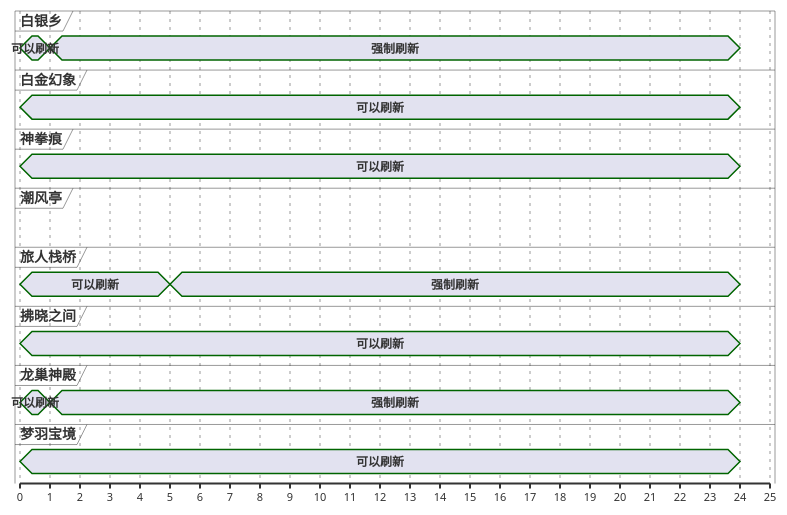
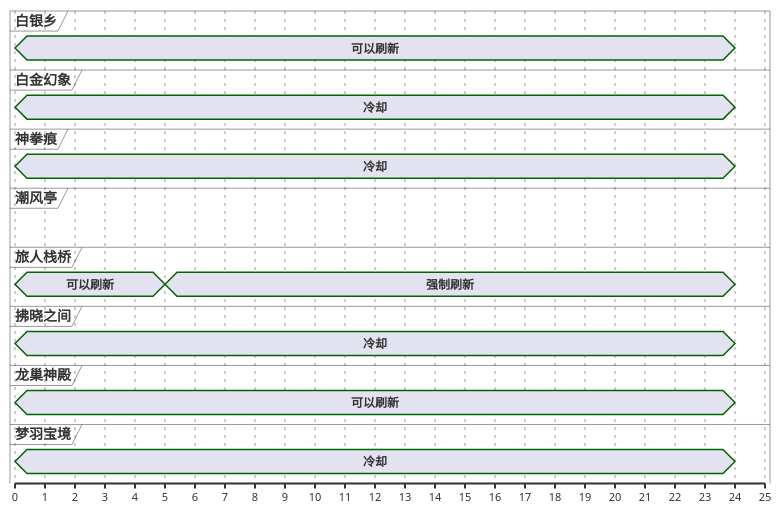
The second of 13 diagrams in ffxiv/hunt/2.0/Nunyunuwi.md (Eroleice/doc-pi), drawn with PlantUML before and after one commit. The commit also changed other lines of this file and 38 other files, not shown here.

````diff
--- a/ffxiv/hunt/2.0/Nunyunuwi.md
+++ b/ffxiv/hunt/2.0/Nunyunuwi.md
@@ -92,50 +90,46 @@
 ```plantuml
 @startuml
 scale 1 as 30 pixels
 
 concise 白银乡
 concise 白金幻象
 concise 神拳痕
 concise 潮风亭
 concise 旅人栈桥
 concise 拂晓之间
 concise 龙巢神殿
 concise 梦羽宝境
 
-@拂晓之间
+@白银乡
 0 is 可以刷新
 0 is 强制刷新
 24 is {hidden}
 
-@白金幻象
+@龙巢神殿
 0 is 可以刷新
 0 is 强制刷新
-24 is {hidden}
-
-@梦羽宝境
-0 is 可以刷新
-0 is 强制刷新
-24 is {hidden}
-
-@神拳痕
-0 is 可以刷新
-0 is 强制刷新
-24 is {hidden}
-
-@白银乡
-0 is 可以刷新
-1 is 强制刷新
-24 is {hidden}
-
-@龙巢神殿
-0 is 可以刷新
-1 is 强制刷新
 24 is {hidden}
 
 @旅人栈桥
 0 is 可以刷新
 5 is 强制刷新
 24 is {hidden}
 
+@拂晓之间
+0 is 冷却
+24 is {hidden}
+
+@白金幻象
+0 is 冷却
+24 is {hidden}
+
+@梦羽宝境
+0 is 冷却
+24 is {hidden}
+
+@神拳痕
+0 is 冷却
+24 is {hidden}
+
 @enduml
 ```
````
